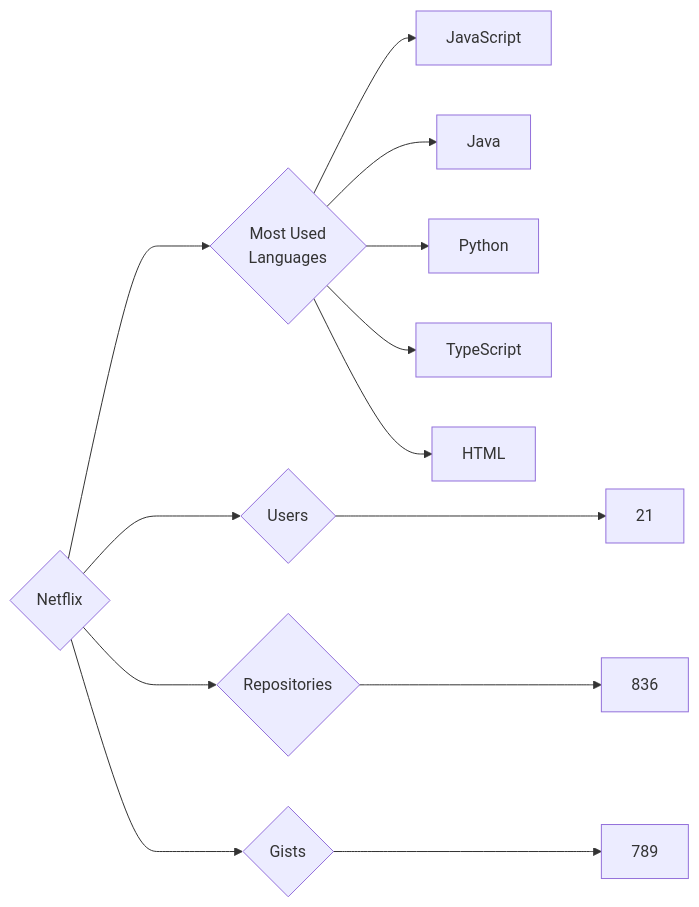
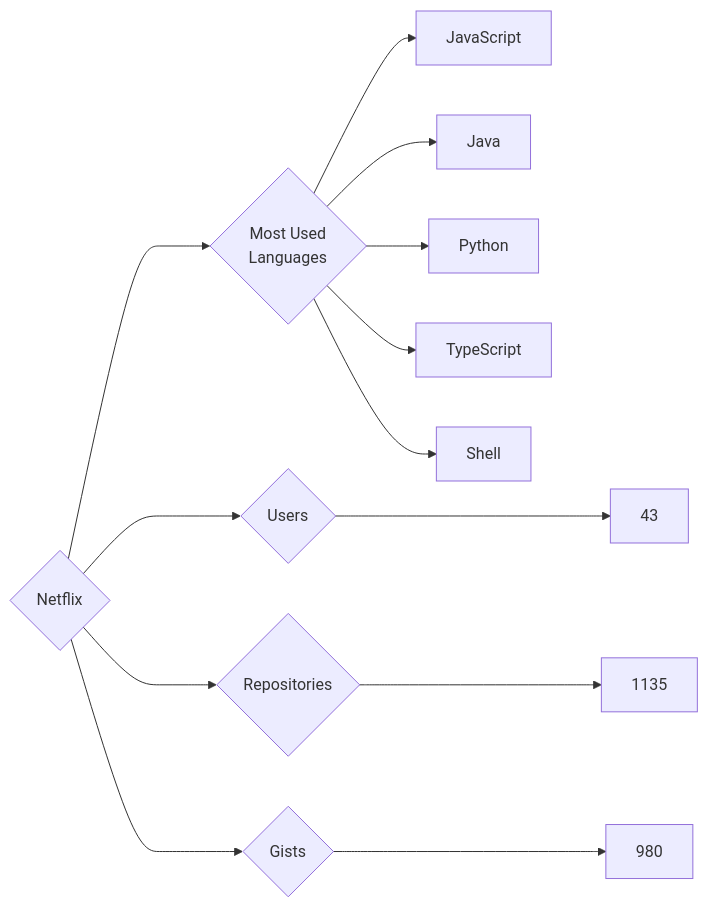
Before and after one commit to trickest/insiders: the diagram in targets/Netflix/README.md, drawn with Mermaid. The commit also changed 970 other files, not shown here.

````diff
--- a/targets/Netflix/README.md
+++ b/targets/Netflix/README.md
@@ -3,13 +3,13 @@
 ```mermaid
 graph LR
 COMPANY_NAME{Netflix}
-COMPANY_NAME ---> U{Users} ---> UN[21]
-COMPANY_NAME ---> R{Repositories} ---> RN[836]
-COMPANY_NAME ---> G{Gists} ---> GN[789]
+COMPANY_NAME ---> U{Users} ---> UN[43]
+COMPANY_NAME ---> R{Repositories} ---> RN[1135]
+COMPANY_NAME ---> G{Gists} ---> GN[980]
 COMPANY_NAME ---> ML{Most Used<br>Languages}
 ML --> JavaScript[JavaScript]
 ML --> Java[Java]
 ML --> Python[Python]
 ML --> TypeScript[TypeScript]
-ML --> HTML[HTML]
+ML --> Shell[Shell]
 ```
````
